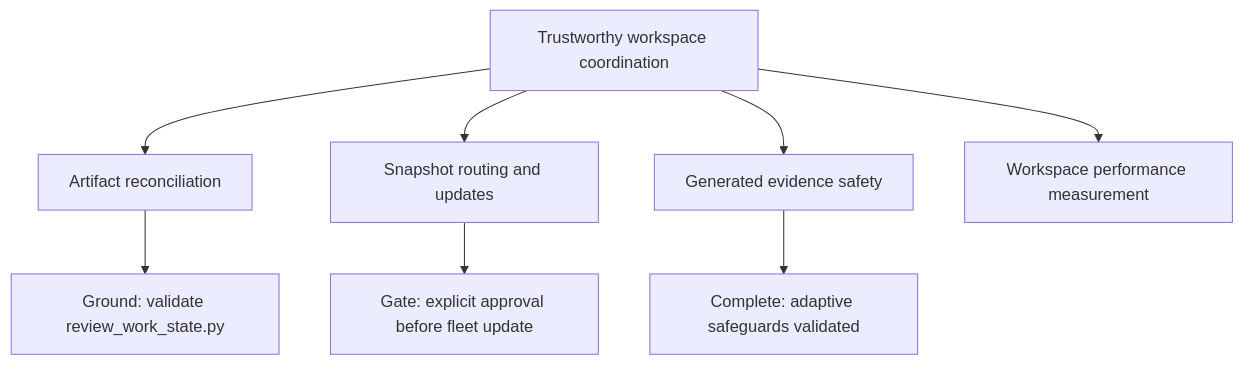
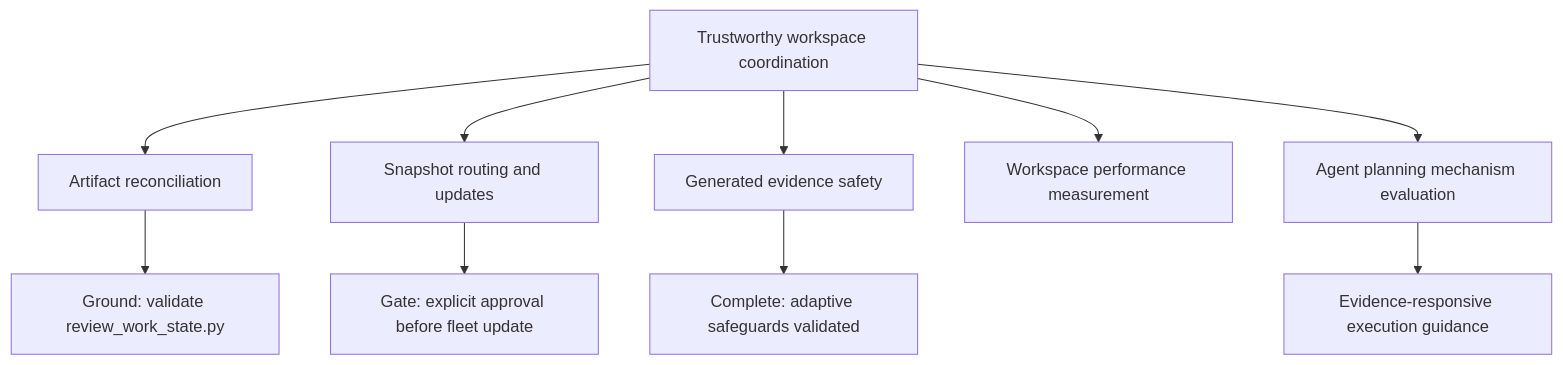
Before and after one commit to PC-Redemption/tool_shed: the diagram in work/maps/map-tool-shed-evolution.md, drawn with Mermaid. The commit also changed other lines of this file and 16 other files, not shown here.

Commit message:
Add evidence-responsive Tool Shed execution

````diff
--- a/work/maps/map-tool-shed-evolution.md
+++ b/work/maps/map-tool-shed-evolution.md
@@ -15,10 +15,12 @@
 ```mermaid
 flowchart TD
   A[Trustworthy workspace coordination] --> B[Artifact reconciliation]
   A --> C[Snapshot routing and updates]
   A --> F[Generated evidence safety]
   A --> H[Workspace performance measurement]
+  A --> I[Agent planning mechanism evaluation]
+  I --> J[Evidence-responsive execution guidance]
   B --> D[Ground: validate review_work_state.py]
   C --> E[Gate: explicit approval before fleet update]
   F --> G[Complete: adaptive safeguards validated]
 ```
````
